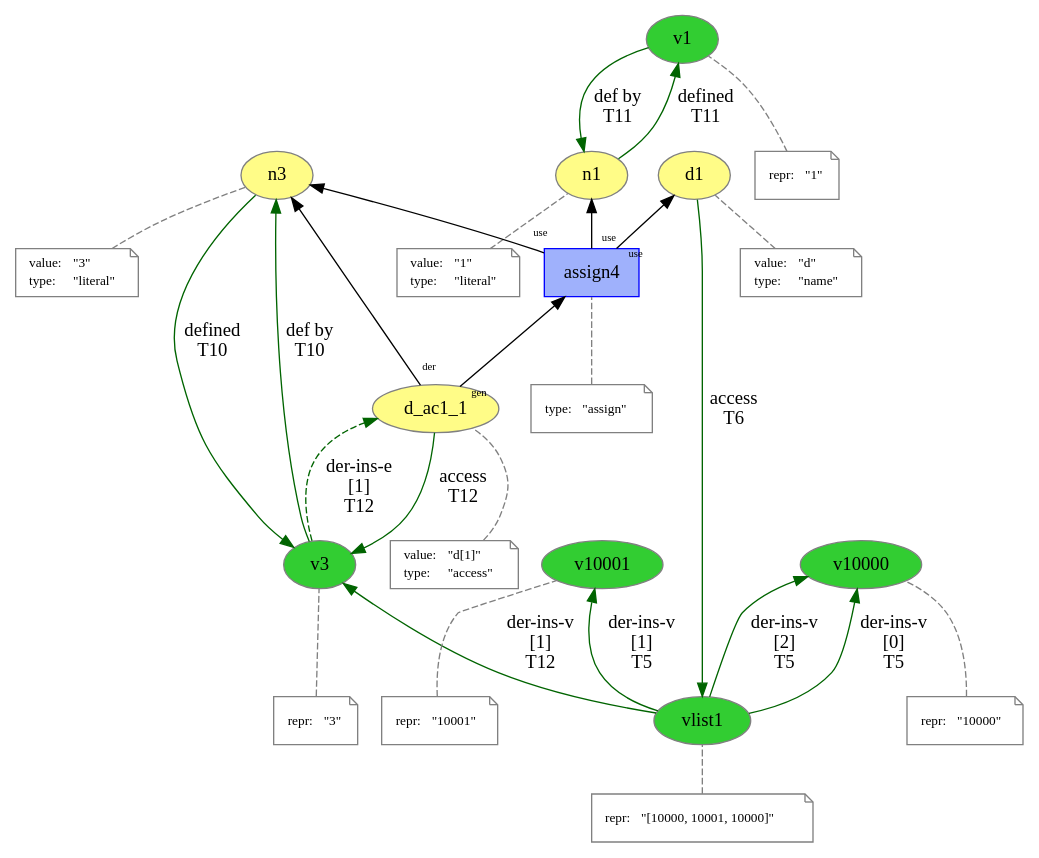
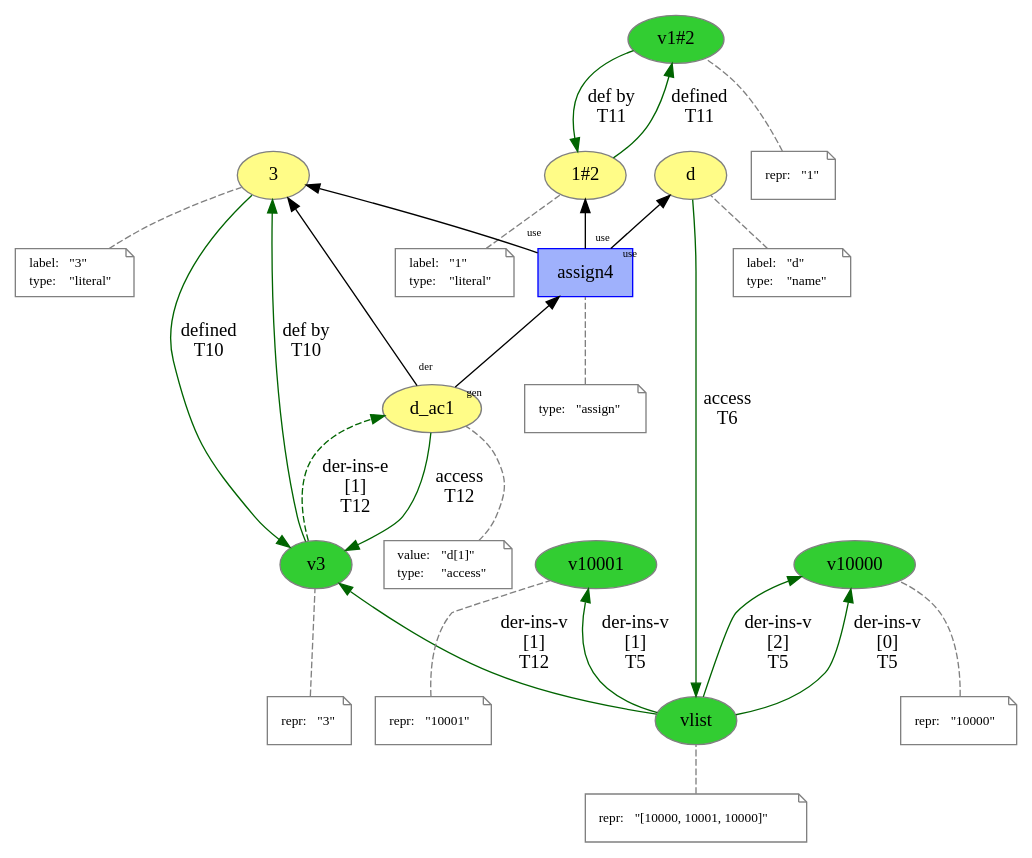
The diagram in mutable_prov/part_assign.dot (dew-uff/versioned-prov), drawn with Graphviz before and after one commit. The commit also changed 46 other files, not shown here.

```diff
--- a/mutable_prov/part_assign.dot
+++ b/mutable_prov/part_assign.dot
@@ -1,130 +1,130 @@
 digraph "PROV" { size="16,12"; rankdir="BT";
-"http://example.org/vlist1" [fillcolor="#32CD32",color="#808080",style="filled",label="vlist1",URL="http://example.org/vlist1"]
+"http://example.org/vlist" [fillcolor="#32CD32",color="#808080",style="filled",label="vlist",URL="http://example.org/vlist"]
 "-attrs0" [color="gray",shape="note",fontsize="10",fontcolor="black",label=<<TABLE cellpadding="0" border="0">
 	<TR>
 	    <TD align="left">repr:</TD>
 	    <TD align="left">&quot;[10000, 10001, 10000]&quot;</TD>
 	</TR>
 </TABLE>>]
-"-attrs0" -> "http://example.org/vlist1" [color="gray",style="dashed",arrowhead="none"]
+"-attrs0" -> "http://example.org/vlist" [color="gray",style="dashed",arrowhead="none"]
 "http://example.org/v10000" [fillcolor="#32CD32",color="#808080",style="filled",label="v10000",URL="http://example.org/v10000"]
 "-attrs1" [color="gray",shape="note",fontsize="10",fontcolor="black",label=<<TABLE cellpadding="0" border="0">
 	<TR>
 	    <TD align="left">repr:</TD>
 	    <TD align="left">&quot;10000&quot;</TD>
 	</TR>
 </TABLE>>]
 "-attrs1" -> "http://example.org/v10000" [color="gray",style="dashed",arrowhead="none"]
 "http://example.org/v10001" [fillcolor="#32CD32",color="#808080",style="filled",label="v10001",URL="http://example.org/v10001"]
 "-attrs2" [color="gray",shape="note",fontsize="10",fontcolor="black",label=<<TABLE cellpadding="0" border="0">
 	<TR>
 	    <TD align="left">repr:</TD>
 	    <TD align="left">&quot;10001&quot;</TD>
 	</TR>
 </TABLE>>]
 "-attrs2" -> "http://example.org/v10001" [color="gray",style="dashed",arrowhead="none"]
-"http://example.org/vlist1" -> "http://example.org/v10000" [labelfontsize="8",labeldistance="1.5",color="darkgreen",labelangle="60.0",rotation="20",label="der-ins-v
+"http://example.org/vlist" -> "http://example.org/v10000" [labelfontsize="8",labeldistance="1.5",color="darkgreen",labelangle="60.0",rotation="20",label="der-ins-v
 [0]
 T5"]
-"http://example.org/vlist1" -> "http://example.org/v10001" [labelfontsize="8",labeldistance="1.5",color="darkgreen",labelangle="60.0",rotation="20",label="der-ins-v
+"http://example.org/vlist" -> "http://example.org/v10001" [labelfontsize="8",labeldistance="1.5",color="darkgreen",labelangle="60.0",rotation="20",label="der-ins-v
 [1]
 T5"]
-"http://example.org/vlist1" -> "http://example.org/v10000" [labelfontsize="8",labeldistance="1.5",color="darkgreen",labelangle="60.0",rotation="20",label="der-ins-v
+"http://example.org/vlist" -> "http://example.org/v10000" [labelfontsize="8",labeldistance="1.5",color="darkgreen",labelangle="60.0",rotation="20",label="der-ins-v
 [2]
 T5"]
-"http://example.org/d1" [fillcolor="#FFFC87",color="#808080",style="filled",label="d1",URL="http://example.org/d1"]
+"http://example.org/d" [fillcolor="#FFFC87",color="#808080",style="filled",label="d",URL="http://example.org/d"]
 "-attrs3" [color="gray",shape="note",fontsize="10",fontcolor="black",label=<<TABLE cellpadding="0" border="0">
 	<TR>
-	    <TD align="left">value:</TD>
+	    <TD align="left">label:</TD>
 	    <TD align="left">&quot;d&quot;</TD>
 	</TR>
 	<TR>
 	    <TD align="left">type:</TD>
 	    <TD align="left">&quot;name&quot;</TD>
 	</TR>
 </TABLE>>]
-"-attrs3" -> "http://example.org/d1" [color="gray",style="dashed",arrowhead="none"]
-"http://example.org/d1" -> "http://example.org/vlist1" [labelfontsize="8",labeldistance="1.5",color="darkgreen",labelangle="60.0",rotation="20",label="access
+"-attrs3" -> "http://example.org/d" [color="gray",style="dashed",arrowhead="none"]
+"http://example.org/d" -> "http://example.org/vlist" [labelfontsize="8",labeldistance="1.5",color="darkgreen",labelangle="60.0",rotation="20",label="access
 T6"]
-"http://example.org/n3" [fillcolor="#FFFC87",color="#808080",style="filled",label="n3",URL="http://example.org/n3"]
+"http://example.org/3" [fillcolor="#FFFC87",color="#808080",style="filled",label="3",URL="http://example.org/3"]
 "-attrs4" [color="gray",shape="note",fontsize="10",fontcolor="black",label=<<TABLE cellpadding="0" border="0">
 	<TR>
-	    <TD align="left">value:</TD>
+	    <TD align="left">label:</TD>
 	    <TD align="left">&quot;3&quot;</TD>
 	</TR>
 	<TR>
 	    <TD align="left">type:</TD>
 	    <TD align="left">&quot;literal&quot;</TD>
 	</TR>
 </TABLE>>]
-"-attrs4" -> "http://example.org/n3" [color="gray",style="dashed",arrowhead="none"]
+"-attrs4" -> "http://example.org/3" [color="gray",style="dashed",arrowhead="none"]
 "http://example.org/v3" [fillcolor="#32CD32",color="#808080",style="filled",label="v3",URL="http://example.org/v3"]
 "-attrs5" [color="gray",shape="note",fontsize="10",fontcolor="black",label=<<TABLE cellpadding="0" border="0">
 	<TR>
 	    <TD align="left">repr:</TD>
 	    <TD align="left">&quot;3&quot;</TD>
 	</TR>
 </TABLE>>]
 "-attrs5" -> "http://example.org/v3" [color="gray",style="dashed",arrowhead="none"]
-"http://example.org/n3" -> "http://example.org/v3" [labelfontsize="8",labeldistance="1.5",color="darkgreen",labelangle="60.0",rotation="20",label="defined
+"http://example.org/3" -> "http://example.org/v3" [labelfontsize="8",labeldistance="1.5",color="darkgreen",labelangle="60.0",rotation="20",label="defined
 T10"]
-"http://example.org/v3" -> "http://example.org/n3" [labelfontsize="8",labeldistance="1.5",color="darkgreen",labelangle="60.0",rotation="20",label="def by
+"http://example.org/v3" -> "http://example.org/3" [labelfontsize="8",labeldistance="1.5",color="darkgreen",labelangle="60.0",rotation="20",label="def by
 T10"]
-"http://example.org/n1" [fillcolor="#FFFC87",color="#808080",style="filled",label="n1",URL="http://example.org/n1"]
+"http://example.org/1#2" [fillcolor="#FFFC87",color="#808080",style="filled",label="1#2",URL="http://example.org/1#2"]
 "-attrs6" [color="gray",shape="note",fontsize="10",fontcolor="black",label=<<TABLE cellpadding="0" border="0">
 	<TR>
-	    <TD align="left">value:</TD>
+	    <TD align="left">label:</TD>
 	    <TD align="left">&quot;1&quot;</TD>
 	</TR>
 	<TR>
 	    <TD align="left">type:</TD>
 	    <TD align="left">&quot;literal&quot;</TD>
 	</TR>
 </TABLE>>]
-"-attrs6" -> "http://example.org/n1" [color="gray",style="dashed",arrowhead="none"]
-"http://example.org/v1" [fillcolor="#32CD32",color="#808080",style="filled",label="v1",URL="http://example.org/v1"]
+"-attrs6" -> "http://example.org/1#2" [color="gray",style="dashed",arrowhead="none"]
+"http://example.org/v1#2" [fillcolor="#32CD32",color="#808080",style="filled",label="v1#2",URL="http://example.org/v1#2"]
 "-attrs7" [color="gray",shape="note",fontsize="10",fontcolor="black",label=<<TABLE cellpadding="0" border="0">
 	<TR>
 	    <TD align="left">repr:</TD>
 	    <TD align="left">&quot;1&quot;</TD>
 	</TR>
 </TABLE>>]
-"-attrs7" -> "http://example.org/v1" [color="gray",style="dashed",arrowhead="none"]
-"http://example.org/n1" -> "http://example.org/v1" [labelfontsize="8",labeldistance="1.5",color="darkgreen",labelangle="60.0",rotation="20",label="defined
+"-attrs7" -> "http://example.org/v1#2" [color="gray",style="dashed",arrowhead="none"]
+"http://example.org/1#2" -> "http://example.org/v1#2" [labelfontsize="8",labeldistance="1.5",color="darkgreen",labelangle="60.0",rotation="20",label="defined
 T11"]
-"http://example.org/v1" -> "http://example.org/n1" [labelfontsize="8",labeldistance="1.5",color="darkgreen",labelangle="60.0",rotation="20",label="def by
+"http://example.org/v1#2" -> "http://example.org/1#2" [labelfontsize="8",labeldistance="1.5",color="darkgreen",labelangle="60.0",rotation="20",label="def by
 T11"]
-"http://example.org/d_ac1_1" [fillcolor="#FFFC87",color="#808080",style="filled",label="d_ac1_1",URL="http://example.org/d_ac1_1"]
+"http://example.org/d_ac1" [fillcolor="#FFFC87",color="#808080",style="filled",label="d_ac1",URL="http://example.org/d_ac1"]
 "-attrs8" [color="gray",shape="note",fontsize="10",fontcolor="black",label=<<TABLE cellpadding="0" border="0">
 	<TR>
 	    <TD align="left">value:</TD>
 	    <TD align="left">&quot;d[1]&quot;</TD>
 	</TR>
 	<TR>
 	    <TD align="left">type:</TD>
 	    <TD align="left">&quot;access&quot;</TD>
 	</TR>
 </TABLE>>]
-"-attrs8" -> "http://example.org/d_ac1_1" [color="gray",style="dashed",arrowhead="none"]
-"http://example.org/d_ac1_1" -> "http://example.org/v3" [labelfontsize="8",labeldistance="1.5",color="darkgreen",labelangle="60.0",rotation="20",label="access
+"-attrs8" -> "http://example.org/d_ac1" [color="gray",style="dashed",arrowhead="none"]
+"http://example.org/d_ac1" -> "http://example.org/v3" [labelfontsize="8",labeldistance="1.5",color="darkgreen",labelangle="60.0",rotation="20",label="access
 T12"]
-"http://example.org/vlist1" -> "http://example.org/v3" [labelfontsize="8",labeldistance="1.5",color="darkgreen",labelangle="60.0",rotation="20",label="der-ins-v
+"http://example.org/vlist" -> "http://example.org/v3" [labelfontsize="8",labeldistance="1.5",color="darkgreen",labelangle="60.0",rotation="20",label="der-ins-v
 [1]
 T12"]
-"http://example.org/v3" -> "http://example.org/d_ac1_1" [labelfontsize="8",labeldistance="1.5",color="darkgreen",labelangle="60.0",rotation="20",label="der-ins-e
+"http://example.org/v3" -> "http://example.org/d_ac1" [labelfontsize="8",labeldistance="1.5",color="darkgreen",labelangle="60.0",rotation="20",label="der-ins-e
 [1]
 T12",style="dashed"]
 "http://example.org/assign4" [fillcolor="#9FB1FC",color="#0000FF",shape="polygon",sides="4",style="filled",label="assign4",URL="http://example.org/assign4"]
 "-attrs9" [color="gray",shape="note",fontsize="10",fontcolor="black",label=<<TABLE cellpadding="0" border="0">
 	<TR>
 	    <TD align="left">type:</TD>
 	    <TD align="left">&quot;assign&quot;</TD>
 	</TR>
 </TABLE>>]
 "-attrs9" -> "http://example.org/assign4" [color="gray",style="dashed",arrowhead="none"]
-"http://example.org/assign4" -> "http://example.org/d1" [labelfontsize="8",labeldistance="1.5",labelangle="60.0",rotation="20",taillabel="use"]
-"http://example.org/assign4" -> "http://example.org/n1" [labelfontsize="8",labeldistance="1.5",labelangle="60.0",rotation="20",taillabel="use"]
-"http://example.org/assign4" -> "http://example.org/n3" [labelfontsize="8",labeldistance="1.5",labelangle="60.0",rotation="20",taillabel="use"]
-"http://example.org/d_ac1_1" -> "http://example.org/assign4" [labelfontsize="8",labeldistance="1.5",labelangle="60.0",rotation="20",taillabel="gen"]
-"http://example.org/d_ac1_1" -> "http://example.org/n3" [labelfontsize="8",labeldistance="1.5",labelangle="60.0",rotation="20",taillabel="der"]
+"http://example.org/assign4" -> "http://example.org/d" [labelfontsize="8",labeldistance="1.5",labelangle="60.0",rotation="20",taillabel="use"]
+"http://example.org/assign4" -> "http://example.org/1#2" [labelfontsize="8",labeldistance="1.5",labelangle="60.0",rotation="20",taillabel="use"]
+"http://example.org/assign4" -> "http://example.org/3" [labelfontsize="8",labeldistance="1.5",labelangle="60.0",rotation="20",taillabel="use"]
+"http://example.org/d_ac1" -> "http://example.org/assign4" [labelfontsize="8",labeldistance="1.5",labelangle="60.0",rotation="20",taillabel="gen"]
+"http://example.org/d_ac1" -> "http://example.org/3" [labelfontsize="8",labeldistance="1.5",labelangle="60.0",rotation="20",taillabel="der"]
 }
```
